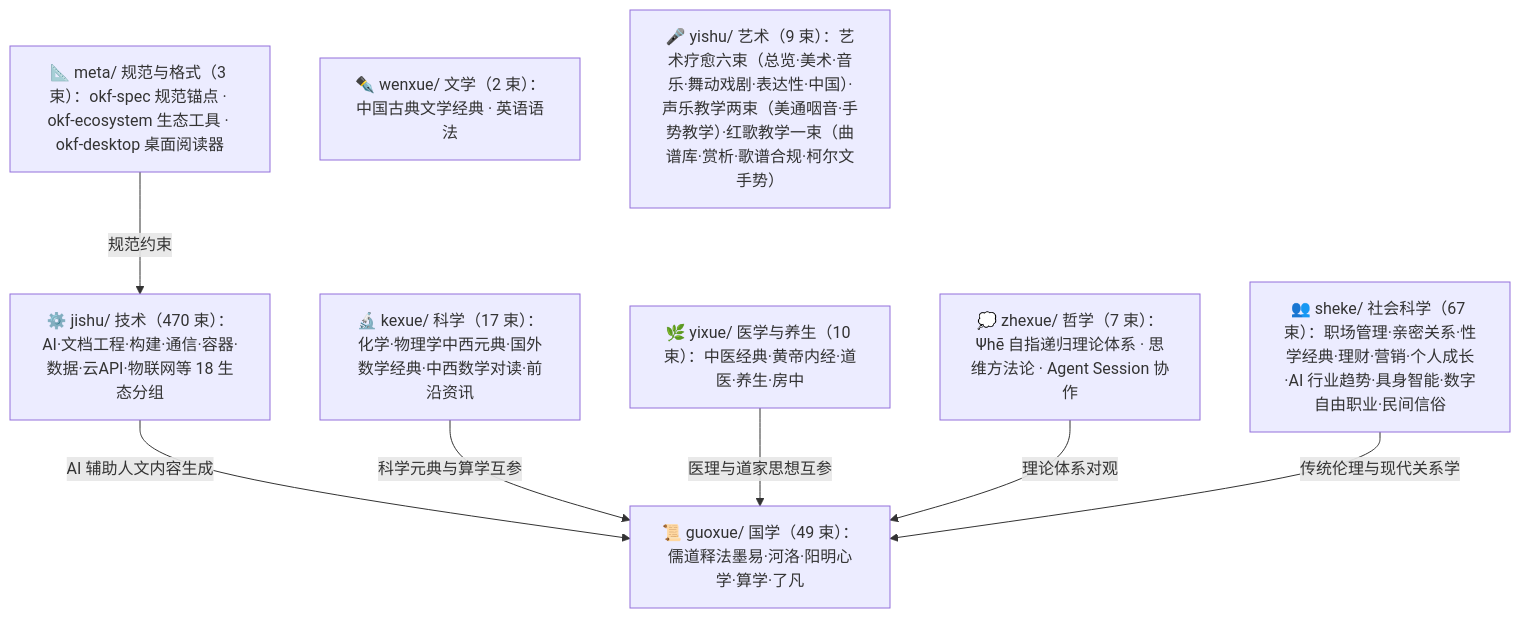
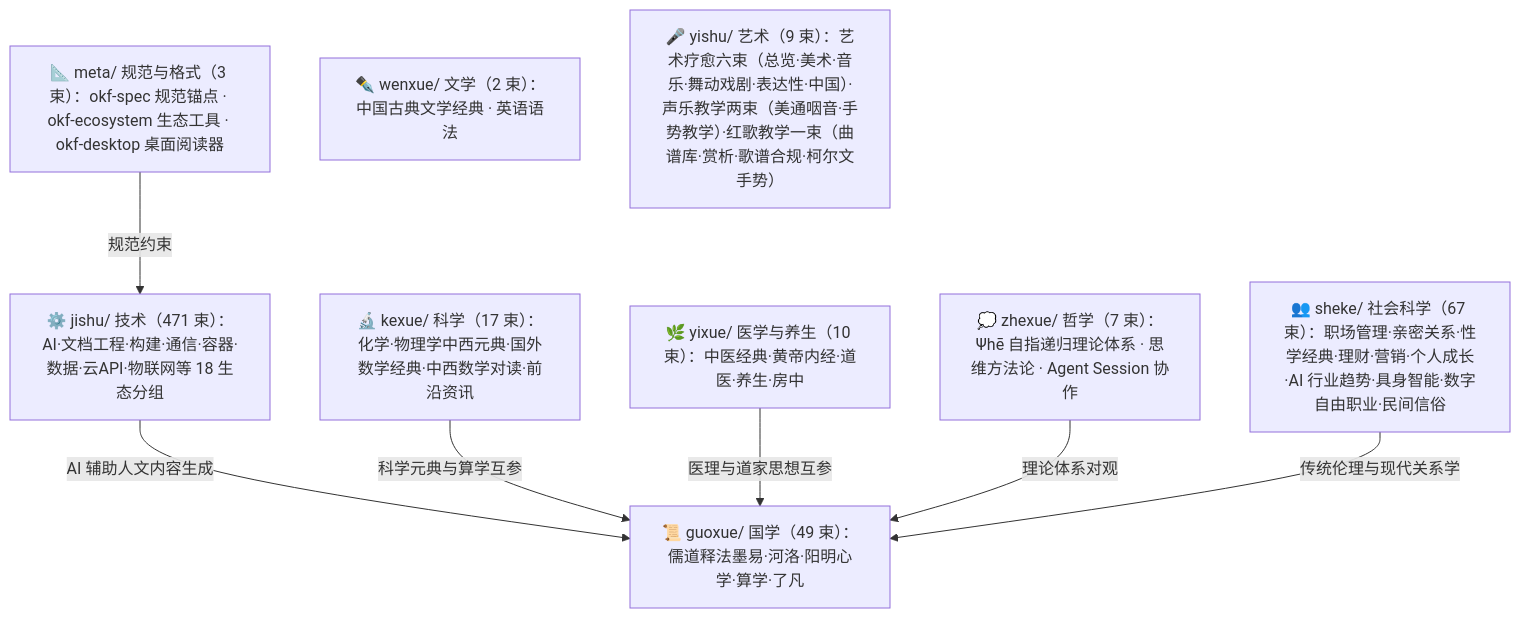
The diagram in doc/bundles/index.md (awesome-flexloop/awesome-okf), drawn with Mermaid before and after one commit. The commit also changed other lines of this file and 34 other files, not shown here.

````diff
--- a/doc/bundles/index.md
+++ b/doc/bundles/index.md
@@ -21,18 +21,18 @@
 ```mermaid
 flowchart TD
     meta["📐 meta/ 规范与格式（3 束）：okf-spec 规范锚点 · okf-ecosystem 生态工具 · okf-desktop 桌面阅读器"]
     guoxue["📜 guoxue/ 国学（49 束）：儒道释法墨易·河洛·阳明心学·算学·了凡"]
     zhexue["💭 zhexue/ 哲学（7 束）：Ψhē 自指递归理论体系 · 思维方法论 · Agent Session 协作"]
     kexue["🔬 kexue/ 科学（17 束）：化学·物理学中西元典·国外数学经典·中西数学对读·前沿资讯"]
     wenxue["✒️ wenxue/ 文学（2 束）：中国古典文学经典 · 英语语法"]
     yixue["🌿 yixue/ 医学与养生（10 束）：中医经典·黄帝内经·道医·养生·房中"]
     sheke["👥 sheke/ 社会科学（67 束）：职场管理·亲密关系·性学经典·理财·营销·个人成长·AI 行业趋势·具身智能·数字自由职业·民间信俗"]
     yishu["🎤 yishu/ 艺术（9 束）：艺术疗愈六束（总览·美术·音乐·舞动戏剧·表达性·中国）·声乐教学两束（美通咽音·手势教学）·红歌教学一束（曲谱库·赏析·歌谱合规·柯尔文手势）"]
-    jishu["⚙️ jishu/ 技术（470 束）：AI·文档工程·构建·通信·容器·数据·云API·物联网等 18 生态分组"]
+    jishu["⚙️ jishu/ 技术（471 束）：AI·文档工程·构建·通信·容器·数据·云API·物联网等 18 生态分组"]
     meta -->|"规范约束"| jishu
     jishu -->|"AI 辅助人文内容生成"| guoxue
     kexue -->|"科学元典与算学互参"| guoxue
     yixue -->|"医理与道家思想互参"| guoxue
     zhexue -->|"理论体系对观"| guoxue
     sheke -->|"传统伦理与现代关系学"| guoxue
 ```
````
